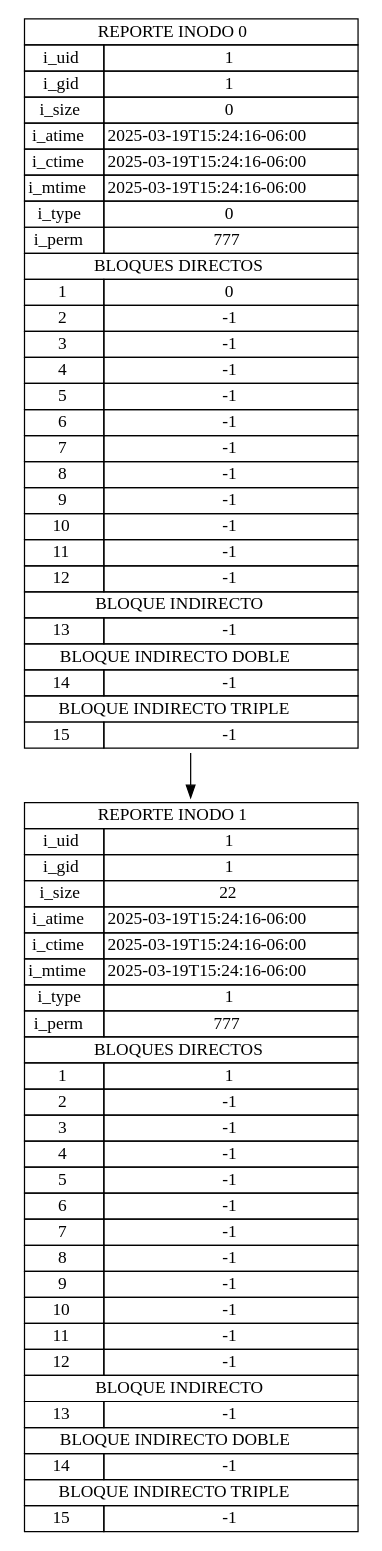
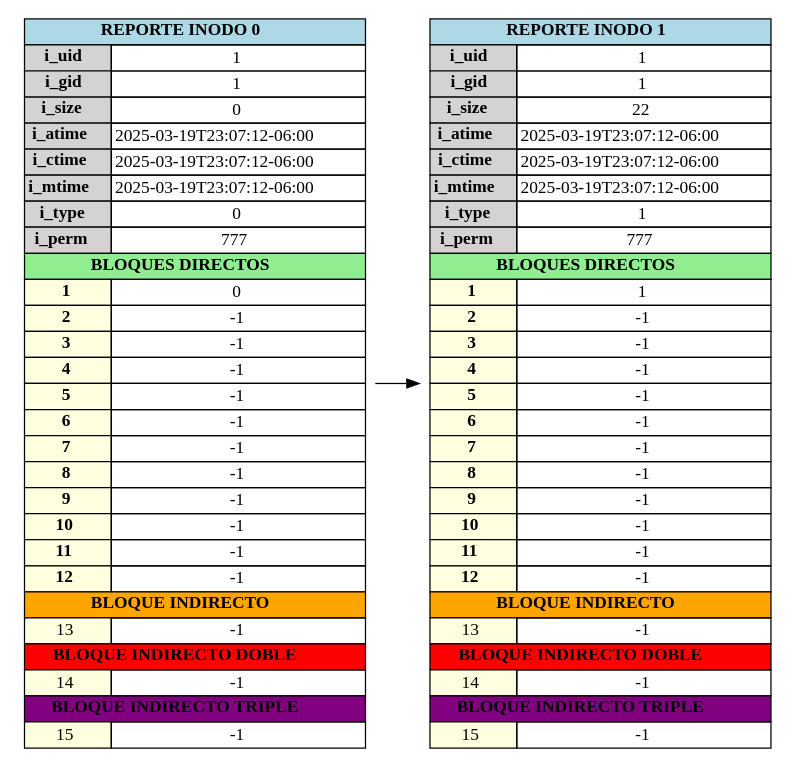
One commit to Ennero/MIA_1S2025_P1_202302220 changed the diagram in backend/output/report_inode.dot. Above: the diagram before and after it, drawn with Graphviz. The commit also changed 6 other files, not shown here.

```diff
--- a/backend/output/report_inode.dot
+++ b/backend/output/report_inode.dot
@@ -1,44 +1,43 @@
 digraph G {
+		rankdir=LR;
         node [shape=plaintext]
     inode0 [label=<
-            <table border="0" cellborder="1" cellspacing="0">
-                <tr><td colspan="2"> REPORTE INODO 0 </td></tr>
-                <tr><td>i_uid</td><td>1</td></tr>
-                <tr><td>i_gid</td><td>1</td></tr>
-                <tr><td>i_size</td><td>0</td></tr>
-                <tr><td>i_atime</td><td>2025-03-19T15:24:16-06:00</td></tr>
-                <tr><td>i_ctime</td><td>2025-03-19T15:24:16-06:00</td></tr>
-                <tr><td>i_mtime</td><td>2025-03-19T15:24:16-06:00</td></tr>
-                <tr><td>i_type</td><td>0</td></tr>
-                <tr><td>i_perm</td><td>777</td></tr>
-                <tr><td colspan="2">BLOQUES DIRECTOS</td></tr>
-            <tr><td>1</td><td>0</td></tr><tr><td>2</td><td>-1</td></tr><tr><td>3</td><td>-1</td></tr><tr><td>4</td><td>-1</td></tr><tr><td>5</td><td>-1</td></tr><tr><td>6</td><td>-1</td></tr><tr><td>7</td><td>-1</td></tr><tr><td>8</td><td>-1</td></tr><tr><td>9</td><td>-1</td></tr><tr><td>10</td><td>-1</td></tr><tr><td>11</td><td>-1</td></tr><tr><td>12</td><td>-1</td></tr>
-                <tr><td colspan="2">BLOQUE INDIRECTO</td></tr>
-                <tr><td>13</td><td>-1</td></tr>
-                <tr><td colspan="2">BLOQUE INDIRECTO DOBLE</td></tr>
-                <tr><td>14</td><td>-1</td></tr>
-                <tr><td colspan="2">BLOQUE INDIRECTO TRIPLE</td></tr>
-                <tr><td>15</td><td>-1</td></tr>
-            </table>>];
-        inode0 -> inode1;
+    <table border="0" cellborder="1" cellspacing="0">
+        <tr><td colspan="2" bgcolor="lightblue"><b>REPORTE INODO 0</b></td></tr>
+        <tr><td bgcolor="lightgray"><b>i_uid</b></td><td>1</td></tr>
+        <tr><td bgcolor="lightgray"><b>i_gid</b></td><td>1</td></tr>
+        <tr><td bgcolor="lightgray"><b>i_size</b></td><td>0</td></tr>
+        <tr><td bgcolor="lightgray"><b>i_atime</b></td><td>2025-03-19T23:07:12-06:00</td></tr>
+        <tr><td bgcolor="lightgray"><b>i_ctime</b></td><td>2025-03-19T23:07:12-06:00</td></tr>
+        <tr><td bgcolor="lightgray"><b>i_mtime</b></td><td>2025-03-19T23:07:12-06:00</td></tr>
+        <tr><td bgcolor="lightgray"><b>i_type</b></td><td>0</td></tr>
+        <tr><td bgcolor="lightgray"><b>i_perm</b></td><td>777</td></tr>
+        <tr><td colspan="2" bgcolor="lightgreen"><b>BLOQUES DIRECTOS</b></td></tr>
+            <tr><td bgcolor="lightyellow"><b>1</b></td><td>0</td></tr><tr><td bgcolor="lightyellow"><b>2</b></td><td>-1</td></tr><tr><td bgcolor="lightyellow"><b>3</b></td><td>-1</td></tr><tr><td bgcolor="lightyellow"><b>4</b></td><td>-1</td></tr><tr><td bgcolor="lightyellow"><b>5</b></td><td>-1</td></tr><tr><td bgcolor="lightyellow"><b>6</b></td><td>-1</td></tr><tr><td bgcolor="lightyellow"><b>7</b></td><td>-1</td></tr><tr><td bgcolor="lightyellow"><b>8</b></td><td>-1</td></tr><tr><td bgcolor="lightyellow"><b>9</b></td><td>-1</td></tr><tr><td bgcolor="lightyellow"><b>10</b></td><td>-1</td></tr><tr><td bgcolor="lightyellow"><b>11</b></td><td>-1</td></tr><tr><td bgcolor="lightyellow"><b>12</b></td><td>-1</td></tr>
+    <tr><td colspan="2" bgcolor="orange"><b>BLOQUE INDIRECTO</b></td></tr>
+    <tr><td bgcolor="lightyellow">13</td><td>-1</td></tr>
+    <tr><td colspan="2" bgcolor="red"><b>BLOQUE INDIRECTO DOBLE</b></td></tr>
+    <tr><td bgcolor="lightyellow">14</td><td>-1</td></tr>
+    <tr><td colspan="2" bgcolor="purple"><b>BLOQUE INDIRECTO TRIPLE</b></td></tr>
+    <tr><td bgcolor="lightyellow">15</td><td>-1</td></tr>
+</table>>];inode0 -> inode1;
 inode1 [label=<
-            <table border="0" cellborder="1" cellspacing="0">
-                <tr><td colspan="2"> REPORTE INODO 1 </td></tr>
-                <tr><td>i_uid</td><td>1</td></tr>
-                <tr><td>i_gid</td><td>1</td></tr>
-                <tr><td>i_size</td><td>22</td></tr>
-                <tr><td>i_atime</td><td>2025-03-19T15:24:16-06:00</td></tr>
-                <tr><td>i_ctime</td><td>2025-03-19T15:24:16-06:00</td></tr>
-                <tr><td>i_mtime</td><td>2025-03-19T15:24:16-06:00</td></tr>
-                <tr><td>i_type</td><td>1</td></tr>
-                <tr><td>i_perm</td><td>777</td></tr>
-                <tr><td colspan="2">BLOQUES DIRECTOS</td></tr>
-            <tr><td>1</td><td>1</td></tr><tr><td>2</td><td>-1</td></tr><tr><td>3</td><td>-1</td></tr><tr><td>4</td><td>-1</td></tr><tr><td>5</td><td>-1</td></tr><tr><td>6</td><td>-1</td></tr><tr><td>7</td><td>-1</td></tr><tr><td>8</td><td>-1</td></tr><tr><td>9</td><td>-1</td></tr><tr><td>10</td><td>-1</td></tr><tr><td>11</td><td>-1</td></tr><tr><td>12</td><td>-1</td></tr>
-                <tr><td colspan="2">BLOQUE INDIRECTO</td></tr>
-                <tr><td>13</td><td>-1</td></tr>
-                <tr><td colspan="2">BLOQUE INDIRECTO DOBLE</td></tr>
-                <tr><td>14</td><td>-1</td></tr>
-                <tr><td colspan="2">BLOQUE INDIRECTO TRIPLE</td></tr>
-                <tr><td>15</td><td>-1</td></tr>
-            </table>>];
-        }
+    <table border="0" cellborder="1" cellspacing="0">
+        <tr><td colspan="2" bgcolor="lightblue"><b>REPORTE INODO 1</b></td></tr>
+        <tr><td bgcolor="lightgray"><b>i_uid</b></td><td>1</td></tr>
+        <tr><td bgcolor="lightgray"><b>i_gid</b></td><td>1</td></tr>
+        <tr><td bgcolor="lightgray"><b>i_size</b></td><td>22</td></tr>
+        <tr><td bgcolor="lightgray"><b>i_atime</b></td><td>2025-03-19T23:07:12-06:00</td></tr>
+        <tr><td bgcolor="lightgray"><b>i_ctime</b></td><td>2025-03-19T23:07:12-06:00</td></tr>
+        <tr><td bgcolor="lightgray"><b>i_mtime</b></td><td>2025-03-19T23:07:12-06:00</td></tr>
+        <tr><td bgcolor="lightgray"><b>i_type</b></td><td>1</td></tr>
+        <tr><td bgcolor="lightgray"><b>i_perm</b></td><td>777</td></tr>
+        <tr><td colspan="2" bgcolor="lightgreen"><b>BLOQUES DIRECTOS</b></td></tr>
+            <tr><td bgcolor="lightyellow"><b>1</b></td><td>1</td></tr><tr><td bgcolor="lightyellow"><b>2</b></td><td>-1</td></tr><tr><td bgcolor="lightyellow"><b>3</b></td><td>-1</td></tr><tr><td bgcolor="lightyellow"><b>4</b></td><td>-1</td></tr><tr><td bgcolor="lightyellow"><b>5</b></td><td>-1</td></tr><tr><td bgcolor="lightyellow"><b>6</b></td><td>-1</td></tr><tr><td bgcolor="lightyellow"><b>7</b></td><td>-1</td></tr><tr><td bgcolor="lightyellow"><b>8</b></td><td>-1</td></tr><tr><td bgcolor="lightyellow"><b>9</b></td><td>-1</td></tr><tr><td bgcolor="lightyellow"><b>10</b></td><td>-1</td></tr><tr><td bgcolor="lightyellow"><b>11</b></td><td>-1</td></tr><tr><td bgcolor="lightyellow"><b>12</b></td><td>-1</td></tr>
+    <tr><td colspan="2" bgcolor="orange"><b>BLOQUE INDIRECTO</b></td></tr>
+    <tr><td bgcolor="lightyellow">13</td><td>-1</td></tr>
+    <tr><td colspan="2" bgcolor="red"><b>BLOQUE INDIRECTO DOBLE</b></td></tr>
+    <tr><td bgcolor="lightyellow">14</td><td>-1</td></tr>
+    <tr><td colspan="2" bgcolor="purple"><b>BLOQUE INDIRECTO TRIPLE</b></td></tr>
+    <tr><td bgcolor="lightyellow">15</td><td>-1</td></tr>
+</table>>];}
```
